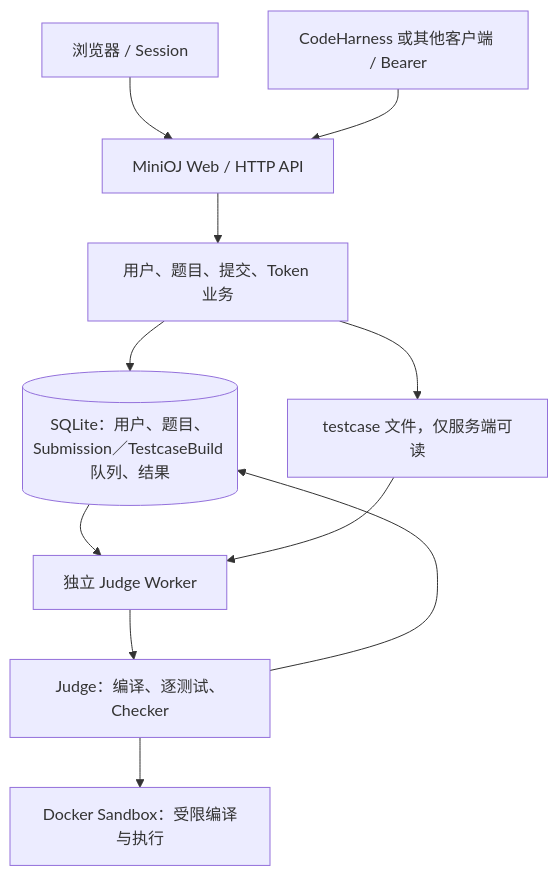
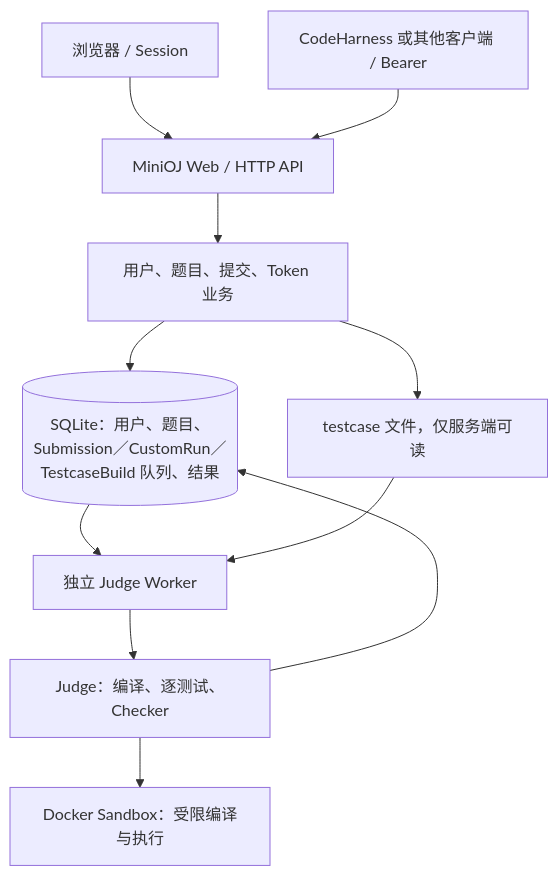
One commit to Sy-SU/MiniOJ changed the diagram in docs/architecture.md. Above: the diagram before and after it, drawn with Mermaid. The commit also changed other lines of this file and 38 other files, not shown here.

````diff
--- a/docs/architecture.md
+++ b/docs/architecture.md
@@ -44,13 +45,13 @@
 ```mermaid
 flowchart TD
     B["浏览器 / Session"] --> W["MiniOJ Web / HTTP API"]
     C["CodeHarness 或其他客户端 / Bearer"] --> W
     W --> S["用户、题目、提交、Token 业务"]
-    S --> DB[("SQLite：用户、题目、Submission／TestcaseBuild 队列、结果")]
+    S --> DB[("SQLite：用户、题目、Submission／CustomRun／TestcaseBuild 队列、结果")]
     S --> F["testcase 文件，仅服务端可读"]
     DB --> WK["独立 Judge Worker"]
     F --> WK
     WK --> J["Judge：编译、逐测试、Checker"]
     J --> SB["Docker Sandbox：受限编译与执行"]
     J --> DB
 ```
````
